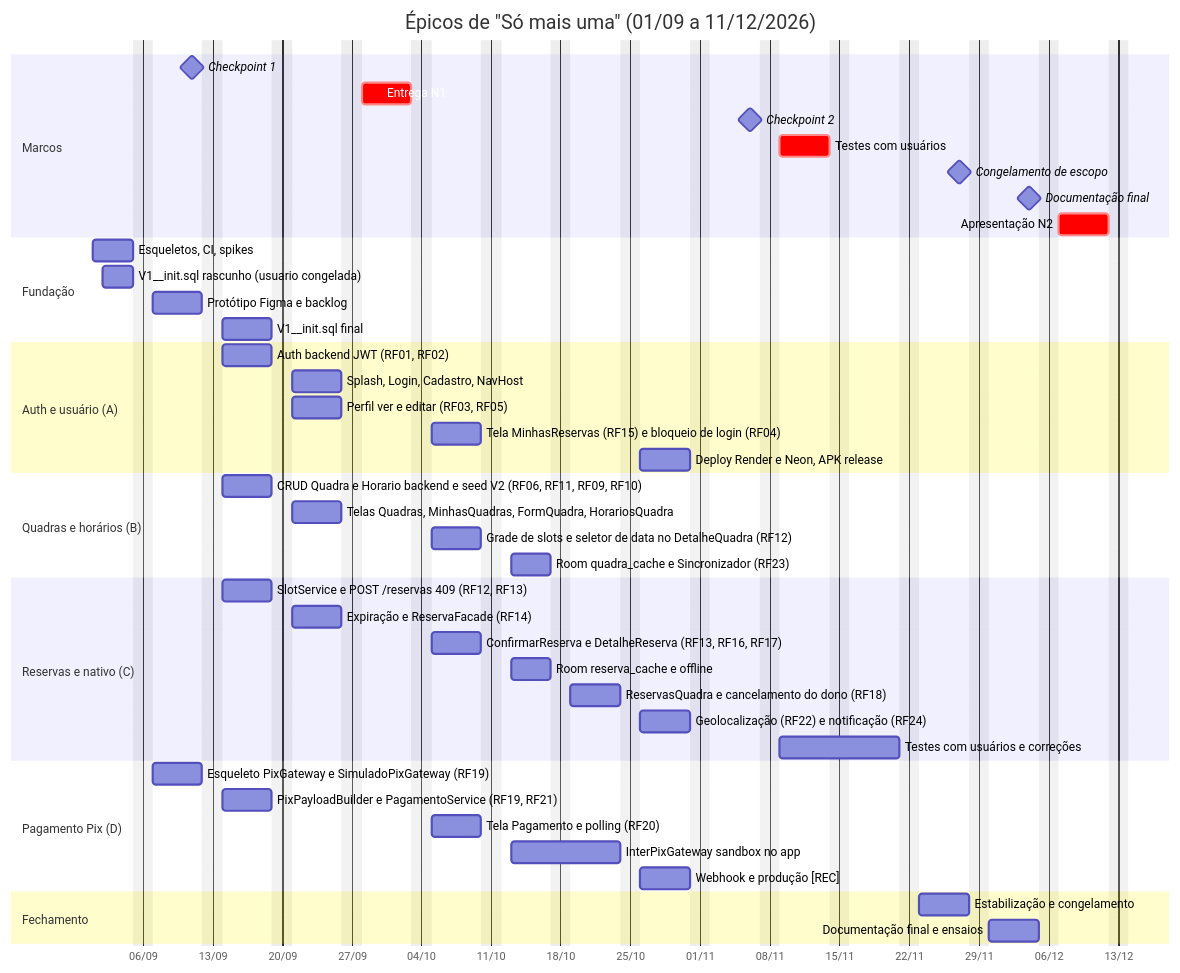
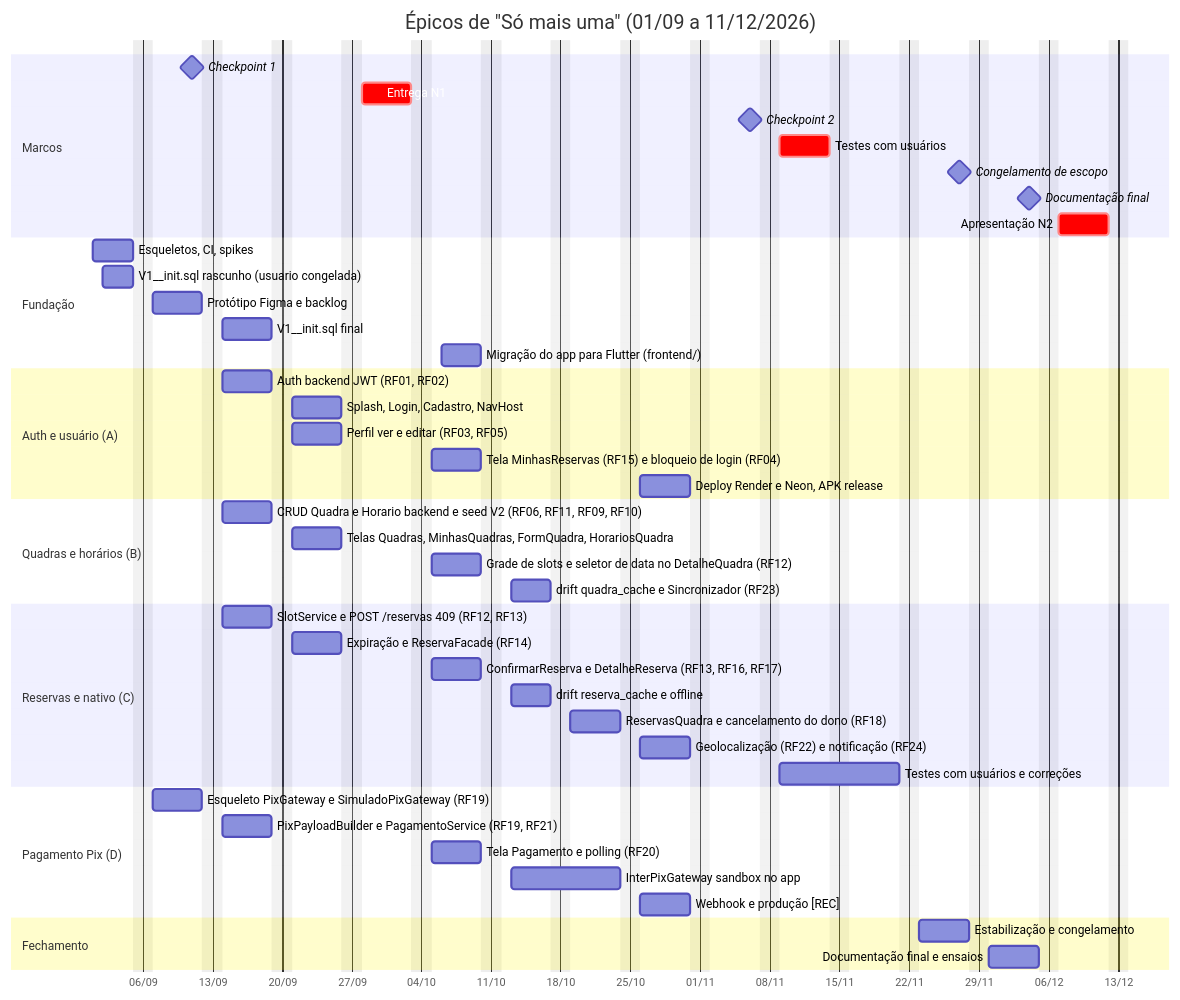
The diagram in docs/16-cronograma.md (DEVigodE/so-mais-uma), drawn with Mermaid before and after one commit. The commit also changed other lines of this file and 25 other files, not shown here.

First line of the commit message:
docs: troca o app de Android nativo para Flutter

````diff
--- a/docs/16-cronograma.md
+++ b/docs/16-cronograma.md
@@ -42,48 +44,49 @@
 ```mermaid
 gantt
     title Épicos de "Só mais uma" (01/09 a 11/12/2026)
     dateFormat DD/MM/YYYY
     axisFormat %d/%m
     excludes weekends
     section Marcos
     Checkpoint 1                     :milestone, m1, 11/09/2026, 0d
     Entrega N1                       :crit, m2, 28/09/2026, 5d
     Checkpoint 2                     :milestone, m3, 06/11/2026, 0d
     Testes com usuários              :crit, m4, 09/11/2026, 5d
     Congelamento de escopo           :milestone, m5, 27/11/2026, 0d
     Documentação final               :milestone, m6, 04/12/2026, 0d
     Apresentação N2                  :crit, m7, 07/12/2026, 5d
     section Fundação
     Esqueletos, CI, spikes           :f1, 01/09/2026, 4d
     V1__init.sql rascunho (usuario congelada) :f3, 02/09/2026, 3d
     Protótipo Figma e backlog        :f2, 07/09/2026, 5d
     V1__init.sql final               :f4, 14/09/2026, 5d
+    Migração do app para Flutter (frontend/) :f5, 06/10/2026, 4d
     section Auth e usuário (A)
     Auth backend JWT (RF01, RF02)    :a1, 14/09/2026, 5d
     Splash, Login, Cadastro, NavHost :a2, 21/09/2026, 5d
     Perfil ver e editar (RF03, RF05) :a3, 21/09/2026, 5d
     Tela MinhasReservas (RF15) e bloqueio de login (RF04) :a5, 05/10/2026, 5d
     Deploy Render e Neon, APK release :a4, 26/10/2026, 5d
     section Quadras e horários (B)
     CRUD Quadra e Horario backend e seed V2 (RF06, RF11, RF09, RF10) :b1, 14/09/2026, 5d
     Telas Quadras, MinhasQuadras, FormQuadra, HorariosQuadra :b2, 21/09/2026, 5d
     Grade de slots e seletor de data no DetalheQuadra (RF12) :b4, 05/10/2026, 5d
-    Room quadra_cache e Sincronizador (RF23) :b3, 13/10/2026, 4d
+    drift quadra_cache e Sincronizador (RF23) :b3, 13/10/2026, 4d
     section Reservas e nativo (C)
     SlotService e POST /reservas 409 (RF12, RF13) :c1, 14/09/2026, 5d
     Expiração e ReservaFacade (RF14) :c7, 21/09/2026, 5d
     ConfirmarReserva e DetalheReserva (RF13, RF16, RF17) :c2, 05/10/2026, 5d
-    Room reserva_cache e offline :c3, 13/10/2026, 4d
+    drift reserva_cache e offline :c3, 13/10/2026, 4d
     ReservasQuadra e cancelamento do dono (RF18) :c4, 19/10/2026, 5d
     Geolocalização (RF22) e notificação (RF24) :c5, 26/10/2026, 5d
     Testes com usuários e correções :c6, 09/11/2026, 10d
     section Pagamento Pix (D)
     Esqueleto PixGateway e SimuladoPixGateway (RF19) :d0, 07/09/2026, 5d
     PixPayloadBuilder e PagamentoService (RF19, RF21) :d1, 14/09/2026, 5d
     Tela Pagamento e polling (RF20) :d2, 05/10/2026, 5d
     InterPixGateway sandbox no app :d3, 13/10/2026, 9d
     Webhook e produção [REC] :d4, 26/10/2026, 5d
     section Fechamento
     Estabilização e congelamento :e1, 23/11/2026, 5d
     Documentação final e ensaios :e2, 30/11/2026, 5d
 ```
````
